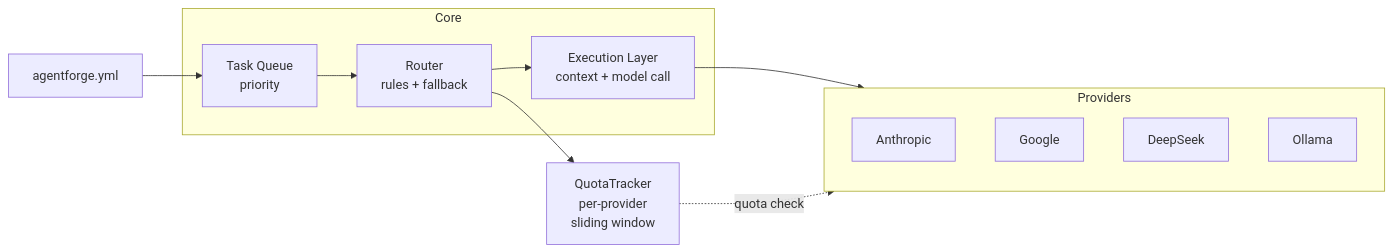
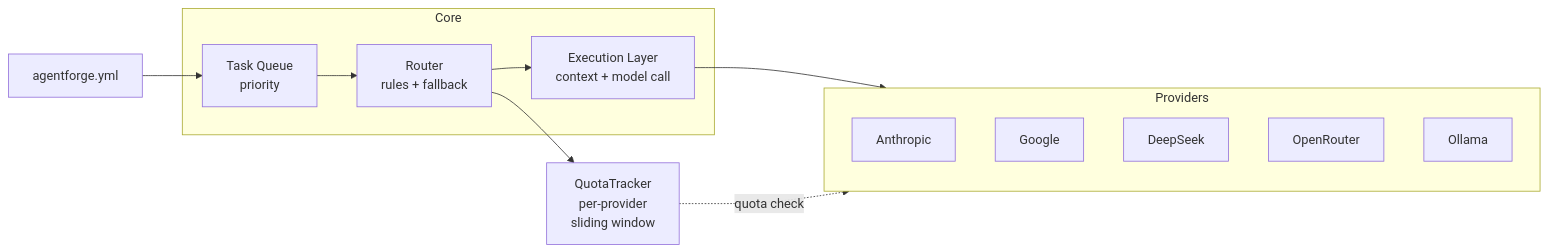
Before and after one commit to sinsonido/agentforge: the second of 2 diagrams in README.md, drawn with Mermaid. The commit also changed other lines of this file and 11 other files, not shown here.

````diff
--- a/README.md
+++ b/README.md
@@ -56,24 +75,25 @@
 ```mermaid
 flowchart LR
     Y["agentforge.yml"]
 
     subgraph Core["Core"]
         TQ["Task Queue\npriority"]
         RT["Router\nrules + fallback"]
         EX["Execution Layer\ncontext + model call"]
         TQ --> RT --> EX
     end
 
     Y --> TQ
     RT --> QT["QuotaTracker\nper-provider\nsliding window"]
 
     subgraph P["Providers"]
         AN["Anthropic"]
         GO["Google"]
         DS["DeepSeek"]
+        OR["OpenRouter"]
         OL["Ollama"]
     end
 
     EX --> P
     QT -. quota check .-> P
 ```
````
